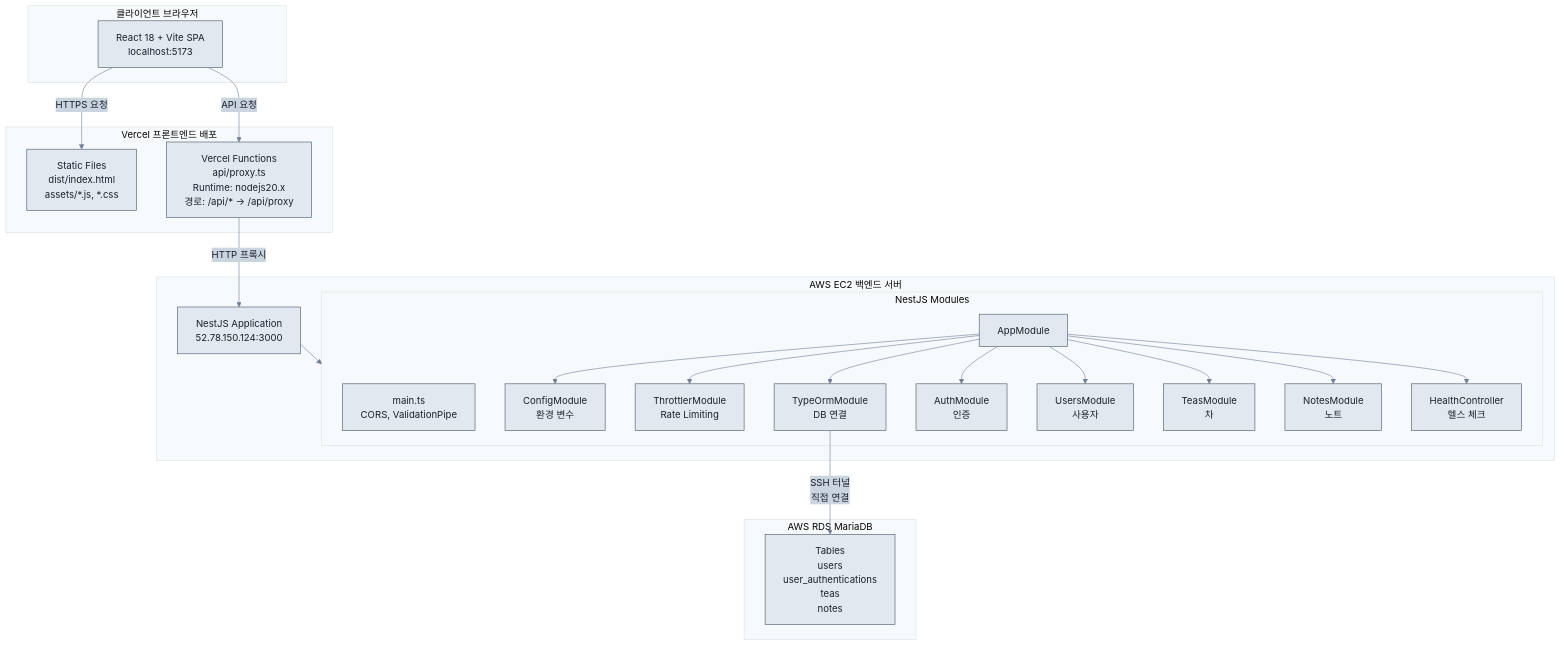
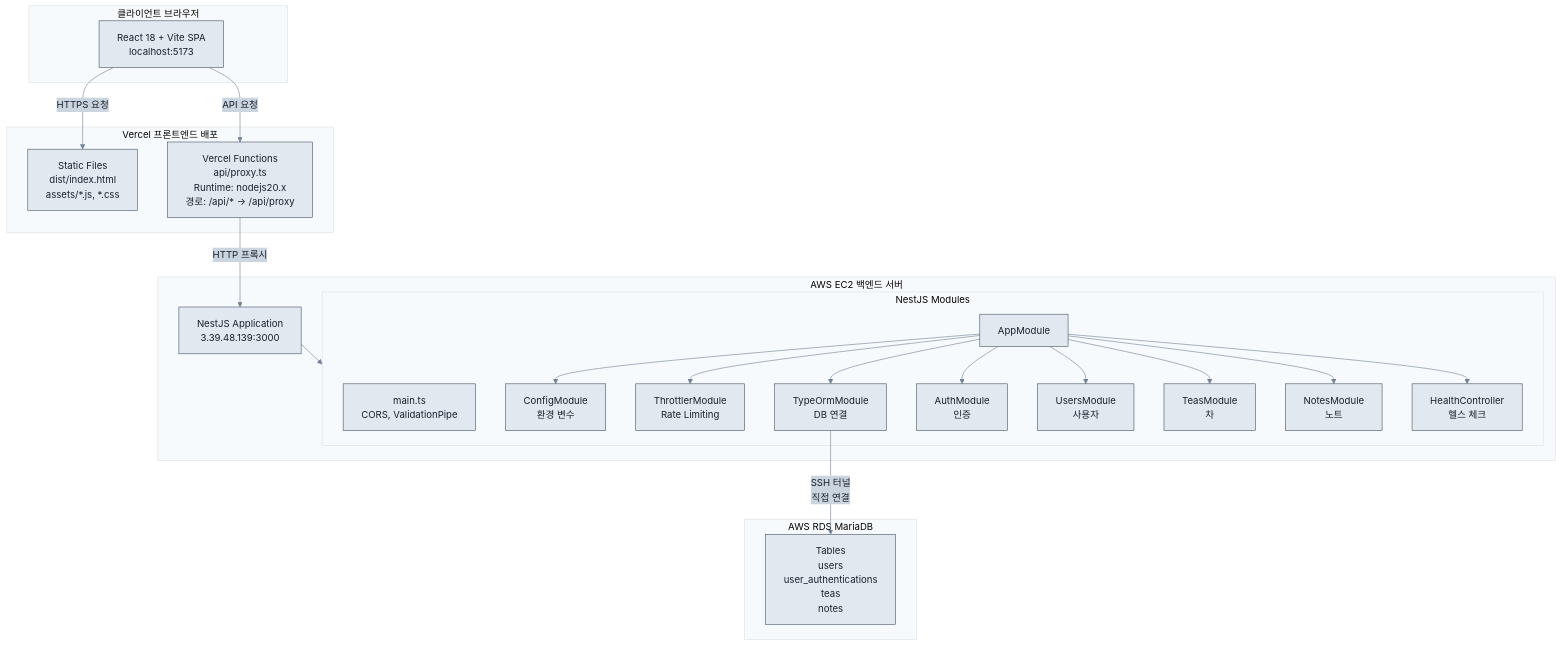
Before and after one commit to FLYLIKEB/ChaLog: the first of 11 diagrams in docs/architecture/SERVER_ARCHITECTURE.md, drawn with Mermaid. The commit also changed other lines of this file and 8 other files, not shown here.

````diff
--- a/docs/architecture/SERVER_ARCHITECTURE.md
+++ b/docs/architecture/SERVER_ARCHITECTURE.md
@@ -19,47 +19,47 @@
 ```mermaid
 %%{init: {'theme':'base', 'themeVariables': { 'primaryColor':'#e2e8f0', 'primaryTextColor':'#1a202c', 'primaryBorderColor':'#4a5568', 'lineColor':'#718096', 'secondaryColor':'#cbd5e0', 'tertiaryColor':'#f7fafc', 'noteBkgColor':'#fff', 'noteTextColor':'#1a202c', 'noteBorderColor':'#4a5568'}}}%%
 flowchart TB
     subgraph Client["클라이언트 브라우저"]
         Browser["React 18 + Vite SPA<br/>localhost:5173"]
     end
 
     subgraph Vercel["Vercel 프론트엔드 배포"]
         StaticFiles["Static Files<br/>dist/index.html<br/>assets/*.js, *.css"]
         Proxy["Vercel Functions<br/>api/proxy.ts<br/>Runtime: nodejs20.x<br/>경로: /api/* → /api/proxy"]
     end
 
     subgraph Backend["AWS EC2 백엔드 서버"]
-        NestJS["NestJS Application<br/>52.78.150.124:3000"]
+        NestJS["NestJS Application<br/>3.39.48.139:3000"]
         
         subgraph NestJSModules["NestJS Modules"]
             Main["main.ts<br/>CORS, ValidationPipe"]
             AppModule["AppModule"]
             ConfigModule["ConfigModule<br/>환경 변수"]
             ThrottlerModule["ThrottlerModule<br/>Rate Limiting"]
             TypeOrmModule["TypeOrmModule<br/>DB 연결"]
             AuthModule["AuthModule<br/>인증"]
             UsersModule["UsersModule<br/>사용자"]
             TeasModule["TeasModule<br/>차"]
             NotesModule["NotesModule<br/>노트"]
             HealthController["HealthController<br/>헬스 체크"]
         end
     end
 
     subgraph Database["AWS RDS MariaDB"]
         Tables["Tables<br/>users<br/>user_authentications<br/>teas<br/>notes"]
     end
 
     Browser -->|HTTPS 요청| StaticFiles
     Browser -->|API 요청| Proxy
     Proxy -->|HTTP 프록시| NestJS
     NestJS --> NestJSModules
     AppModule --> ConfigModule
     AppModule --> ThrottlerModule
     AppModule --> TypeOrmModule
     AppModule --> AuthModule
     AppModule --> UsersModule
     AppModule --> TeasModule
     AppModule --> NotesModule
     AppModule --> HealthController
     TypeOrmModule -->|SSH 터널<br/>직접 연결| Tables
 ```
````
